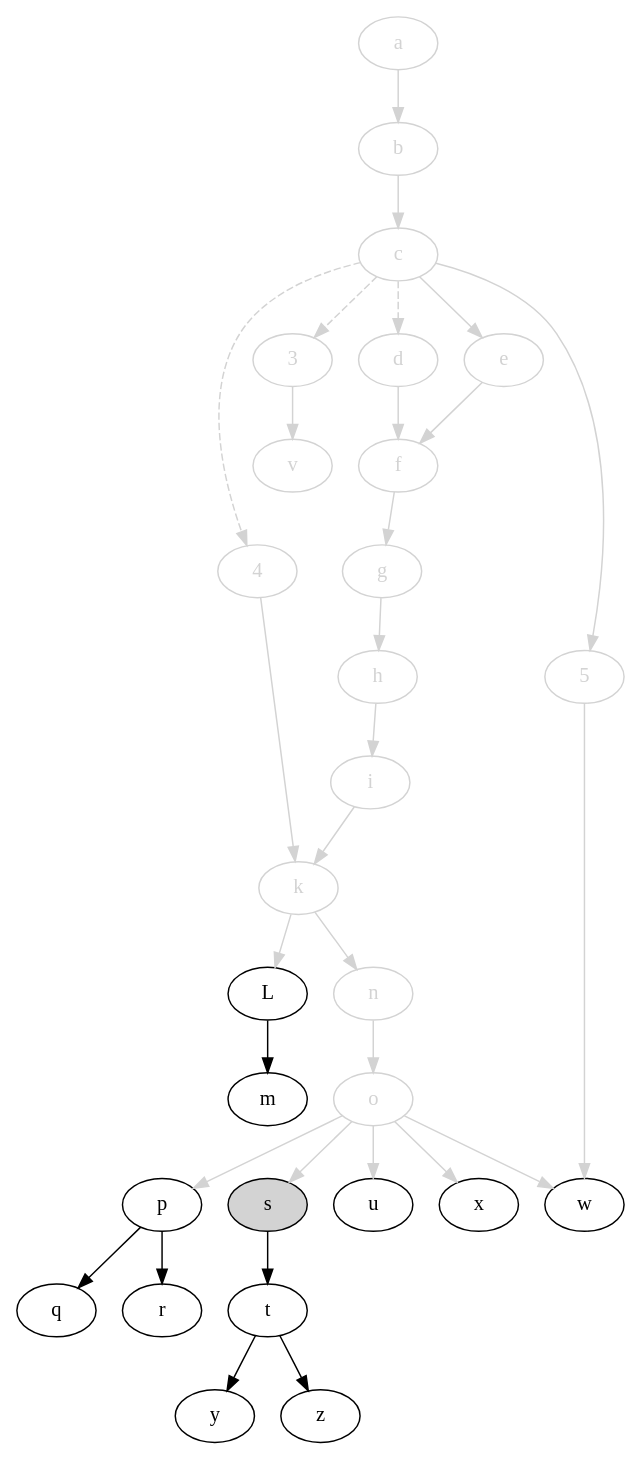
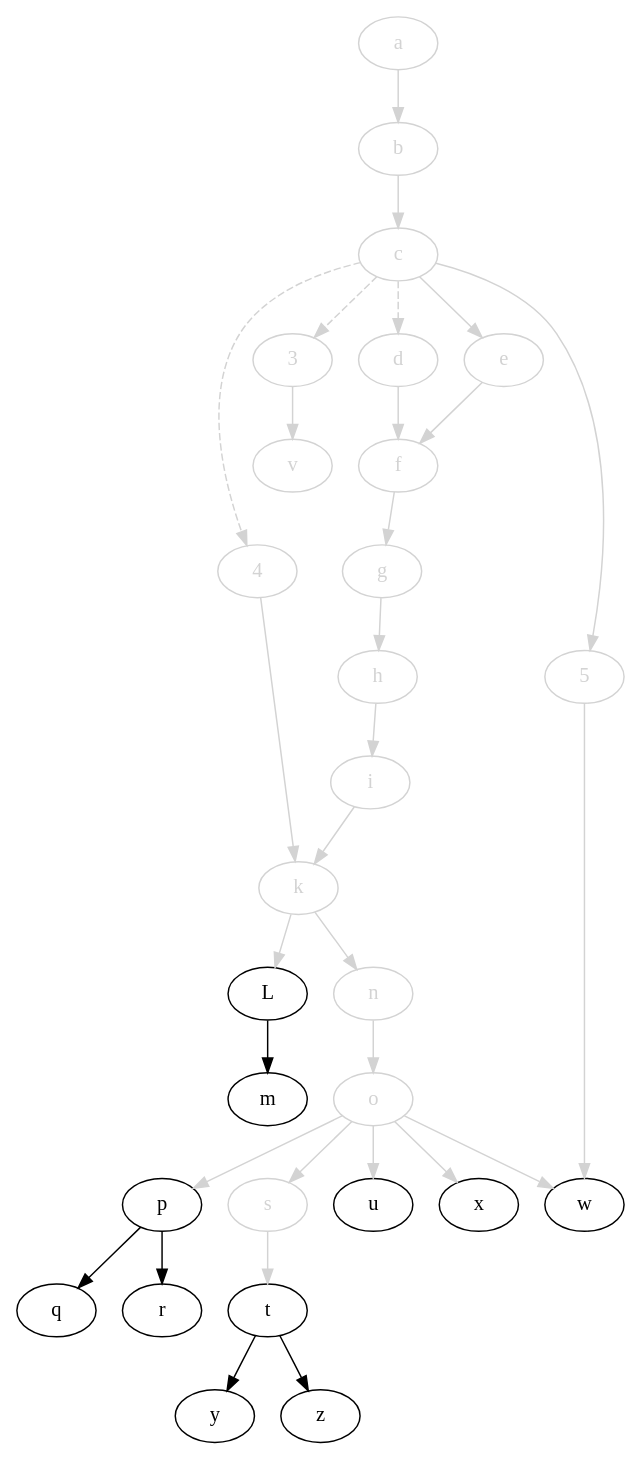
One commit to jdmpapin/svm-startup-deps changed the diagram in svm-startup-deps.dot. Above: the diagram before and after it, drawn with Graphviz. The commit also changed 1 other file, not shown here.

```diff
--- a/svm-startup-deps.dot
+++ b/svm-startup-deps.dot
@@ -1,64 +1,64 @@
 digraph {
     // open: [style=filled,fillcolor=lightgrey]
     // closed: [color=lightgrey,fontcolor=lightgrey]
 
     4 [color=lightgrey,fontcolor=lightgrey];
     3 [color=lightgrey,fontcolor=lightgrey];
     a [color=lightgrey,fontcolor=lightgrey];
     b [color=lightgrey,fontcolor=lightgrey];
     c [color=lightgrey,fontcolor=lightgrey];
     d [color=lightgrey,fontcolor=lightgrey];
     e [color=lightgrey,fontcolor=lightgrey];
     f [color=lightgrey,fontcolor=lightgrey];
     g [color=lightgrey,fontcolor=lightgrey];
     h [color=lightgrey,fontcolor=lightgrey];
     i [color=lightgrey,fontcolor=lightgrey];
     k [color=lightgrey,fontcolor=lightgrey];
     L;
     m;
     5 [color=lightgrey,fontcolor=lightgrey];
     n [color=lightgrey,fontcolor=lightgrey];
     o [color=lightgrey,fontcolor=lightgrey];
     p;
     q;
     r;
-    s [style=filled,fillcolor=lightgrey];
+    s [color=lightgrey,fontcolor=lightgrey];
     t;
     u;
     v [color=lightgrey,fontcolor=lightgrey];
     w;
     x;
     y;
     z;
 
     4 -> k [color=lightgrey];
     c -> 4 [style=dashed,color=lightgrey];
     c -> 3 [style=dashed,color=lightgrey];
     c -> d [style=dashed,color=lightgrey];
     3 -> v [color=lightgrey];
     a -> b [color=lightgrey];
     b -> c [color=lightgrey];
     c -> e [color=lightgrey];
     c -> 5 [color=lightgrey];
     d -> f [color=lightgrey];
     e -> f [color=lightgrey];
     f -> g [color=lightgrey];
     g -> h [color=lightgrey];
     h -> i [color=lightgrey];
     i -> k [color=lightgrey];
     k -> L [color=lightgrey];
     L -> m;
     k -> n [color=lightgrey];
     n -> o [color=lightgrey];
     o -> p [color=lightgrey];
     p -> q;
     p -> r;
     o -> s [color=lightgrey];
-    s -> t;
+    s -> t [color=lightgrey];
     o -> u [color=lightgrey];
     5 -> w [color=lightgrey];
     o -> w [color=lightgrey];
     o -> x [color=lightgrey];
     t -> y;
     t -> z;
 }
```
